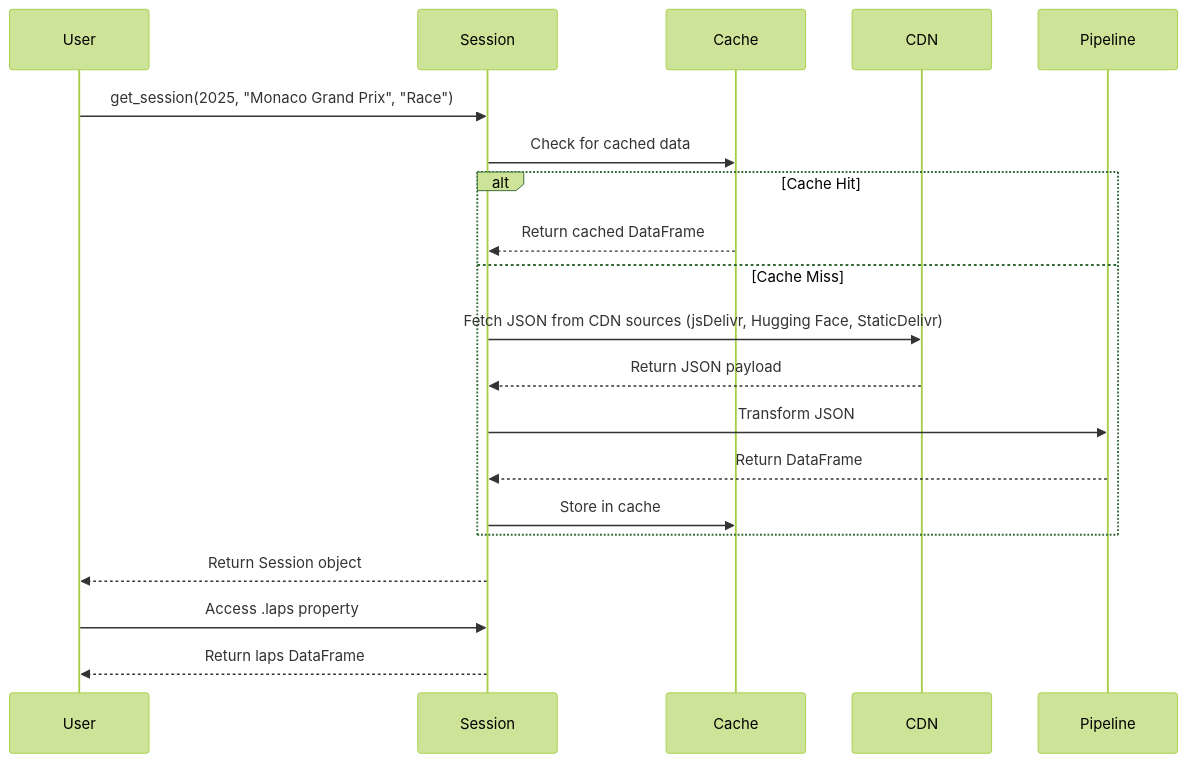
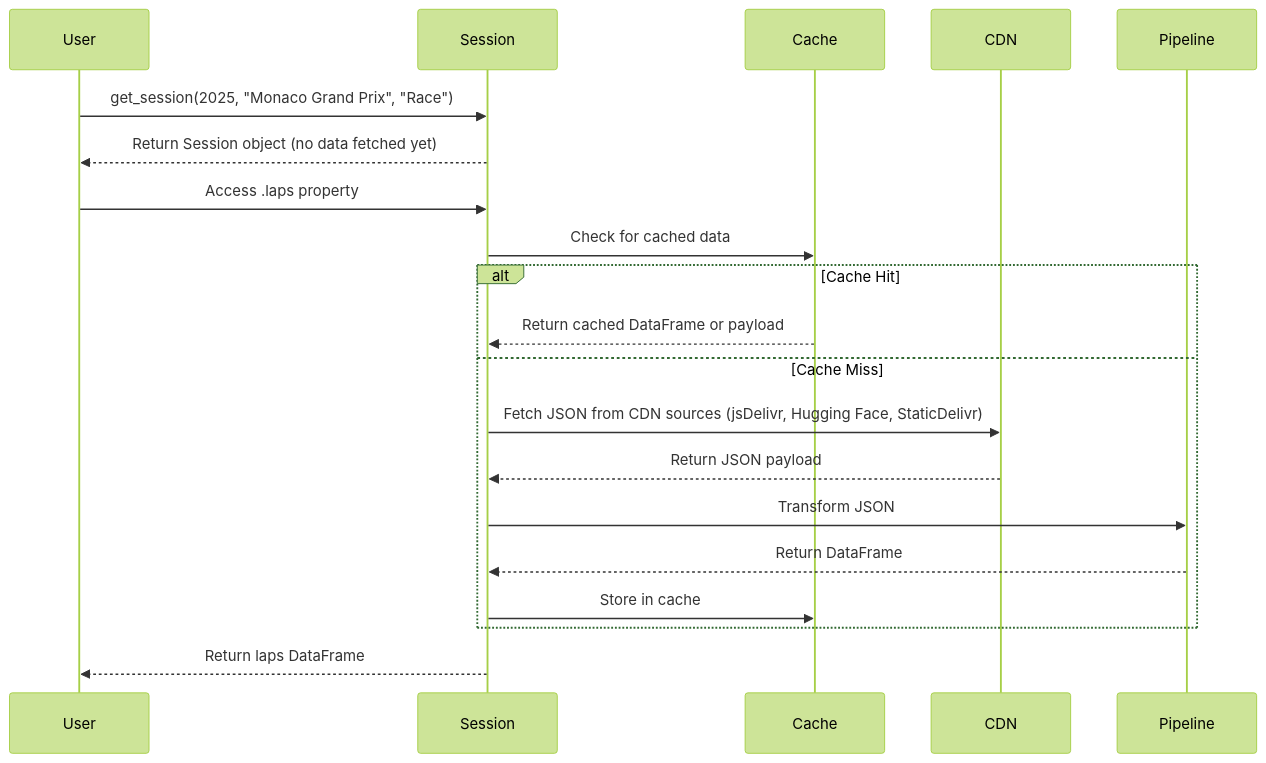
The second of 2 diagrams in docs/architecture.mdx (TracingInsights/tif1), drawn with Mermaid (forest theme) before and after one commit. The commit also changed other lines of this file and 145 other files, not shown here.

````diff
--- a/docs/architecture.mdx
+++ b/docs/architecture.mdx
@@ -49,23 +80,23 @@
 ```mermaid
 sequenceDiagram
     participant User
     participant Session
     participant Cache
     participant CDN
     participant Pipeline
 
     User->>Session: get_session(2025, "Monaco Grand Prix", "Race")
+    Session-->>User: Return Session object (no data fetched yet)
+    User->>Session: Access .laps property
     Session->>Cache: Check for cached data
     alt Cache Hit
-        Cache-->>Session: Return cached DataFrame
+        Cache-->>Session: Return cached DataFrame or payload
     else Cache Miss
         Session->>CDN: Fetch JSON from CDN sources (jsDelivr, Hugging Face, StaticDelivr)
         CDN-->>Session: Return JSON payload
         Session->>Pipeline: Transform JSON
         Pipeline-->>Session: Return DataFrame
         Session->>Cache: Store in cache
     end
-    Session-->>User: Return Session object
-    User->>Session: Access .laps property
     Session-->>User: Return laps DataFrame
 ```
````
